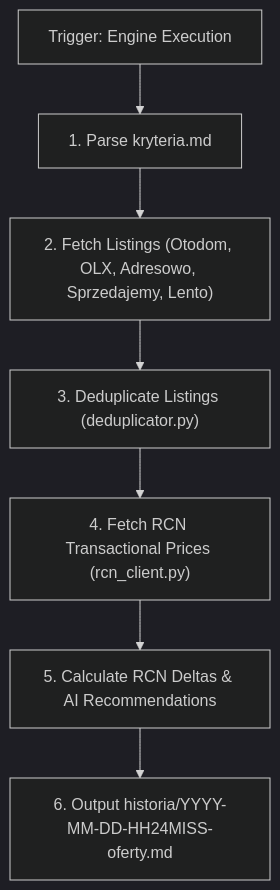
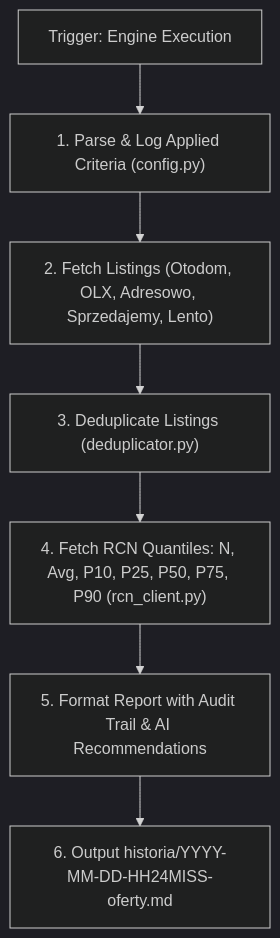
The diagram in openspec/changes/wyszukiwarka-nieruchomosci/design.md (ptrzeciakowski/gen-ai-orchestrator), drawn with Mermaid (dark theme) before and after one commit. The commit also changed other lines of this file and 16 other files, not shown here.

````diff
--- a/openspec/changes/wyszukiwarka-nieruchomosci/design.md
+++ b/openspec/changes/wyszukiwarka-nieruchomosci/design.md
@@ -70,9 +14,9 @@
 ```mermaid
 graph TD
-    A["Trigger: Engine Execution"] --> B["1. Parse kryteria.md"]
+    A["Trigger: Engine Execution"] --> B["1. Parse & Log Applied Criteria (config.py)"]
     B --> C["2. Fetch Listings (Otodom, OLX, Adresowo, Sprzedajemy, Lento)"]
     C --> D["3. Deduplicate Listings (deduplicator.py)"]
-    D --> E["4. Fetch RCN Transactional Prices (rcn_client.py)"]
-    E --> F["5. Calculate RCN Deltas & AI Recommendations"]
+    D --> E["4. Fetch RCN Quantiles: N, Avg, P10, P25, P50, P75, P90 (rcn_client.py)"]
+    E --> F["5. Format Report with Audit Trail & AI Recommendations"]
     F --> G["6. Output historia/YYYY-MM-DD-HH24MISS-oferty.md"]
 ```
````
